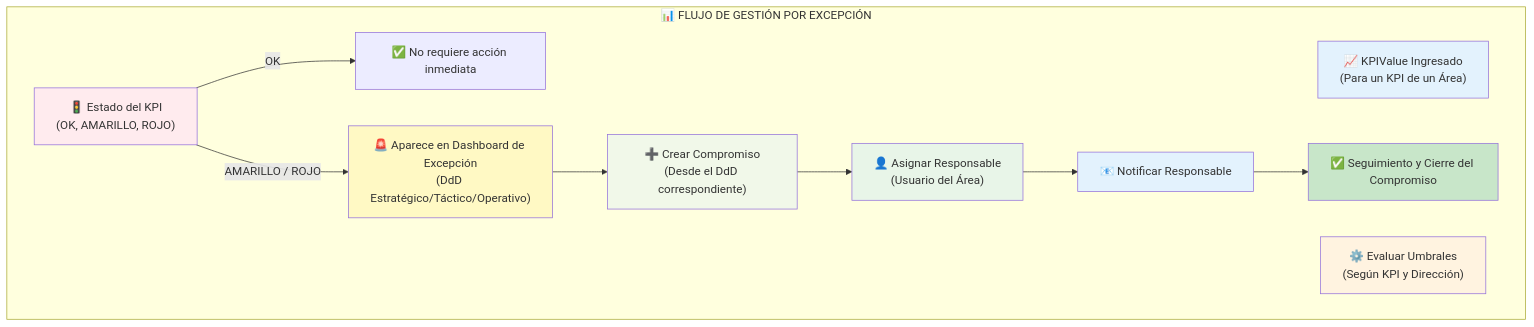
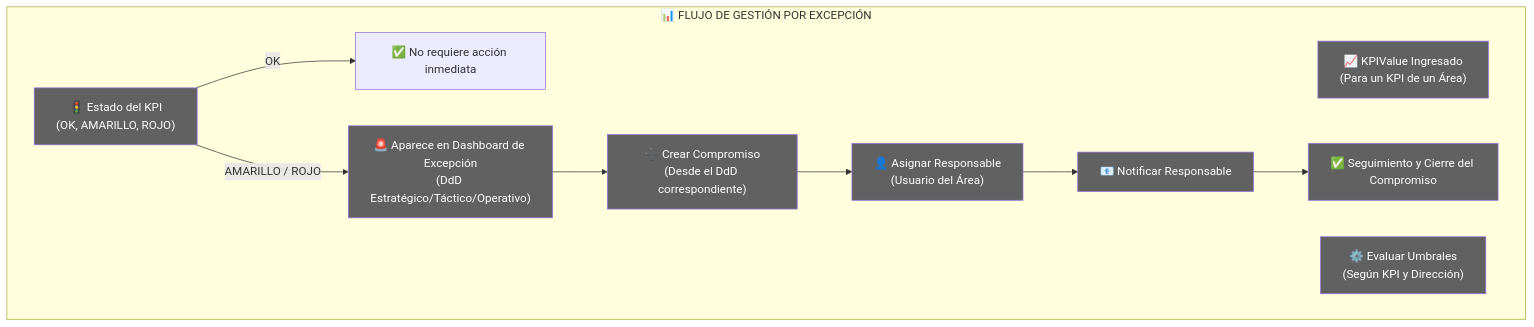
The second of 6 diagrams in readmeEjecutivo.md (ColDev-Colivoro/Proyecto-Estandarizaci-n-normalizacion-Nutrisco), drawn with Mermaid before and after one commit. The commit also changed other lines of this file and 2 other files, not shown here.

Commit message:
refactor: update conceptual diagrams in README and executive documents for improved clarity and consistency in DdD system representation

````diff
--- a/readmeEjecutivo.md
+++ b/readmeEjecutivo.md
@@ -203,25 +203,25 @@
 ```mermaid
 graph TD
     subgraph "📊 FLUJO DE GESTIÓN POR EXCEPCIÓN"
         KPIValueIngresado["📈 KPIValue Ingresado<br/>(Para un KPI de un Área)"]
         EvaluarUmbrales["⚙️ Evaluar Umbrales<br/>(Según KPI y Dirección)"]
         EstadoKPI["🚦 Estado del KPI<br/>(OK, AMARILLO, ROJO)"]
         
         EstadoKPI -->|"OK"| NoAccion["✅ No requiere acción inmediata"]
         EstadoKPI -->|"AMARILLO / ROJO"| AlertaDashboard["🚨 Aparece en Dashboard de Excepción<br/>(DdD Estratégico/Táctico/Operativo)"]
         
         AlertaDashboard --> CrearCompromiso["➕ Crear Compromiso<br/>(Desde el DdD correspondiente)"]
         CrearCompromiso --> AsignarResponsable["👤 Asignar Responsable<br/>(Usuario del Área)"]
         AsignarResponsable --> NotificarResponsable["📧 Notificar Responsable"]
         NotificarResponsable --> SeguimientoCierre["✅ Seguimiento y Cierre del Compromiso"]
     end
 
-    style KPIValueIngresado fill:#e3f2fd
-    style EvaluarUmbrales fill:#fff3e0
-    style EstadoKPI fill:#ffebee
-    style AlertaDashboard fill:#fff9c4
-    style CrearCompromiso fill:#f1f8e9
-    style AsignarResponsable fill:#e8f5e8
-    style NotificarResponsable fill:#e3f2fd
-    style SeguimientoCierre fill:#c8e6c9
+style KPIValueIngresado fill:#616161,color:#ffffff
+    style EvaluarUmbrales fill:#616161,color:#ffffff
+    style EstadoKPI fill:#616161,color:#ffffff
+    style AlertaDashboard fill:#616161,color:#ffffff
+    style CrearCompromiso fill:#616161,color:#ffffff
+    style AsignarResponsable fill:#616161,color:#ffffff
+    style NotificarResponsable fill:#616161,color:#ffffff
+    style SeguimientoCierre fill:#616161,color:#ffffff
 ```
````
